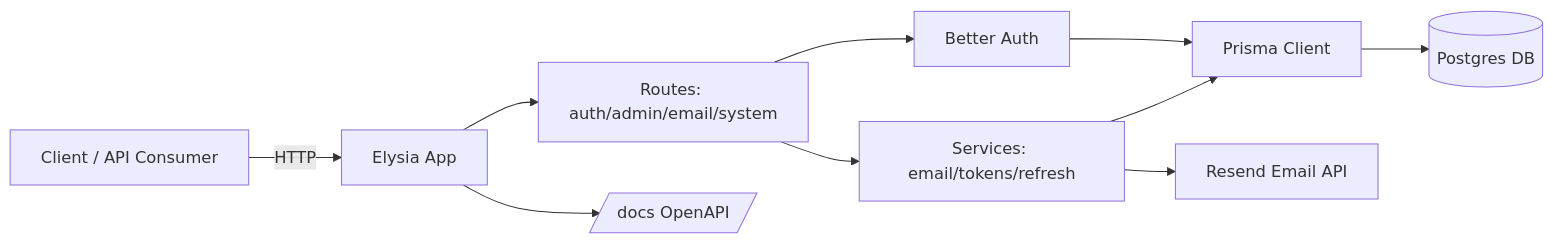
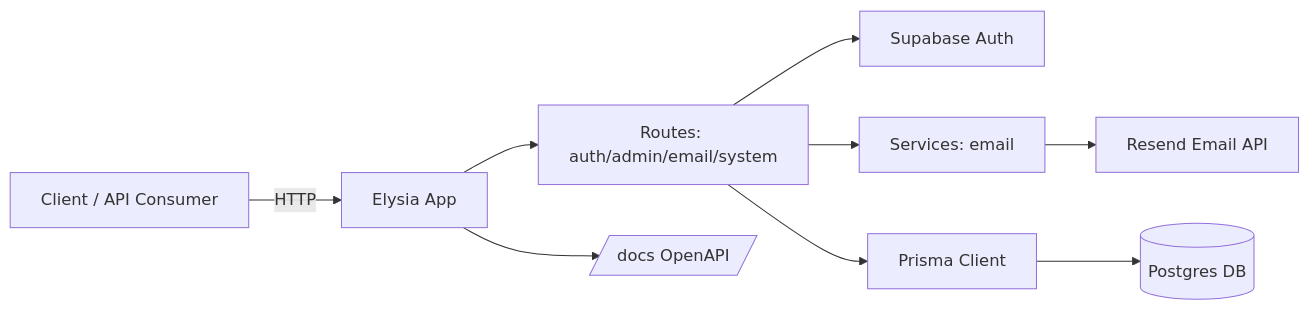
The diagram in README.md (boomNDS/elysia-supabase-tempate), drawn with Mermaid before and after one commit. The commit also changed other lines of this file and 31 other files, not shown here.

````diff
--- a/README.md
+++ b/README.md
@@ -26,12 +26,11 @@
 ```mermaid
 flowchart LR
   Client[Client / API Consumer] -->|HTTP| Elysia[Elysia App]
   Elysia --> Routes[Routes: auth/admin/email/system]
-  Routes --> Auth[Better Auth]
-  Routes --> Services[Services: email/tokens/refresh]
-  Auth --> Prisma[Prisma Client]
-  Services --> Prisma
+  Routes --> Auth[Supabase Auth]
+  Routes --> Services[Services: email]
+  Routes --> Prisma[Prisma Client]
   Prisma --> Postgres[(Postgres DB)]
   Services --> Resend[Resend Email API]
   Elysia --> Docs[/docs OpenAPI/]
 ```
````
